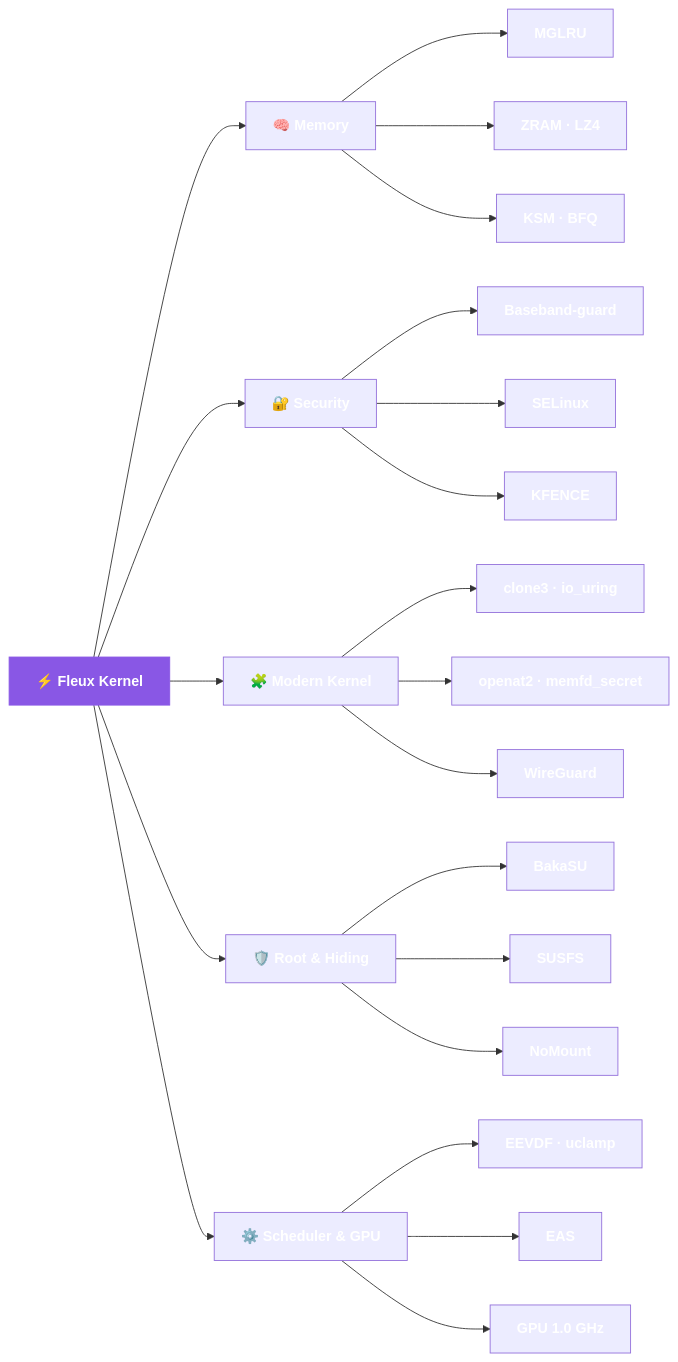
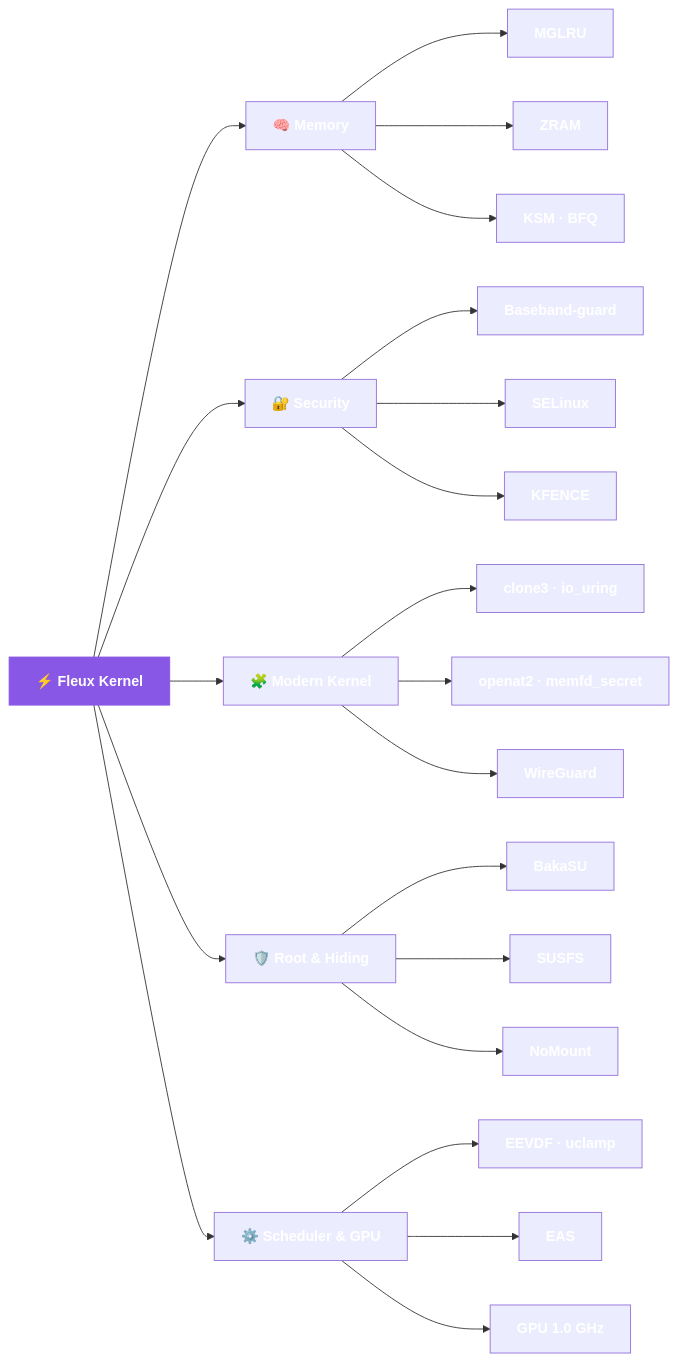
The diagram in README.md (Andrews571/Fleux_search), drawn with Mermaid before and after one commit. The commit also changed other lines of this file and 12 other files, not shown here.

````diff
--- a/README.md
+++ b/README.md
@@ -35,27 +37,27 @@
 ```mermaid
 flowchart LR
     A[⚡ Fleux Kernel]:::root
     A --> B[🧠 Memory]
     A --> C[🔐 Security]
     A --> D[🧩 Modern Kernel]
     A --> E[🛡️ Root & Hiding]
     A --> F[⚙️ Scheduler & GPU]
 
     B --> B1[MGLRU]
-    B --> B2[ZRAM · LZ4]
+    B --> B2[ZRAM]
     B --> B3[KSM · BFQ]
     C --> C1[Baseband-guard]
     C --> C2[SELinux]
     C --> C3[KFENCE]
     D --> D1[clone3 · io_uring]
     D --> D2[openat2 · memfd_secret]
     D --> D3[WireGuard]
     E --> E1[BakaSU]
     E --> E2[SUSFS]
     E --> E3[NoMount]
     F --> F1[EEVDF · uclamp]
     F --> F2[EAS]
     F --> F3[GPU 1.0 GHz]
 
     classDef root fill:#8957e5,color:#fff,stroke:#8957e5,font-weight:bold;
 ```
````
